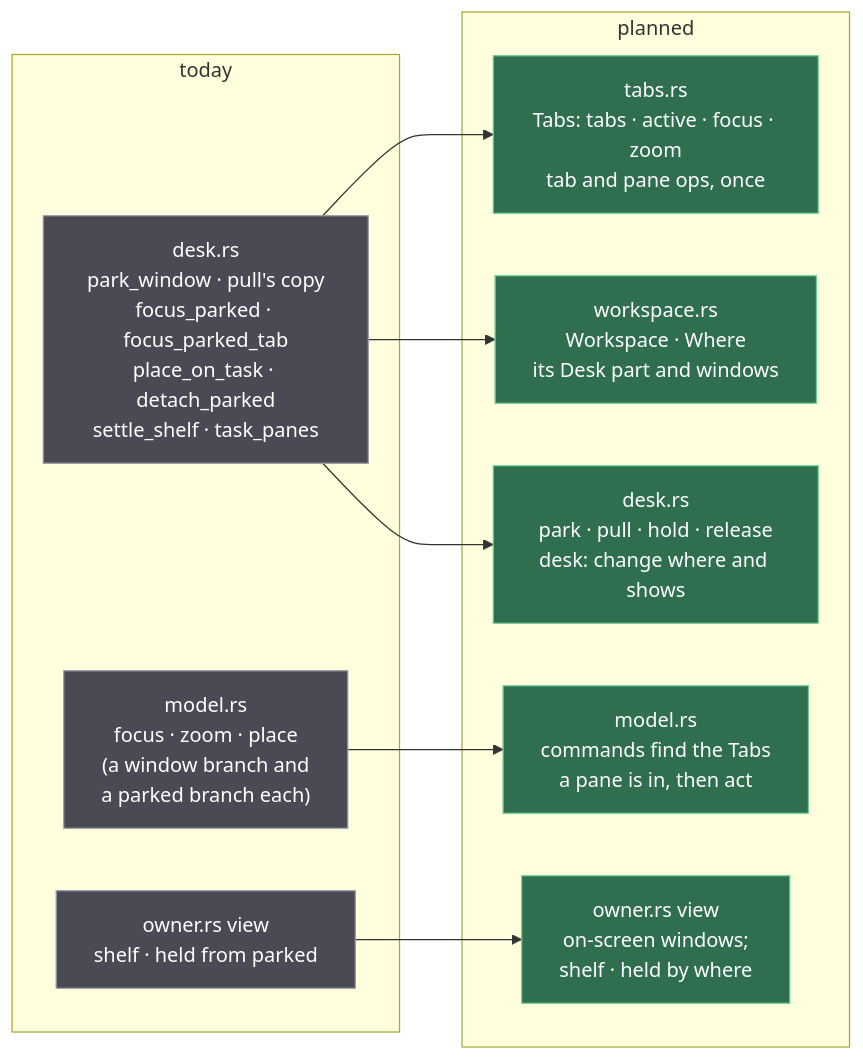
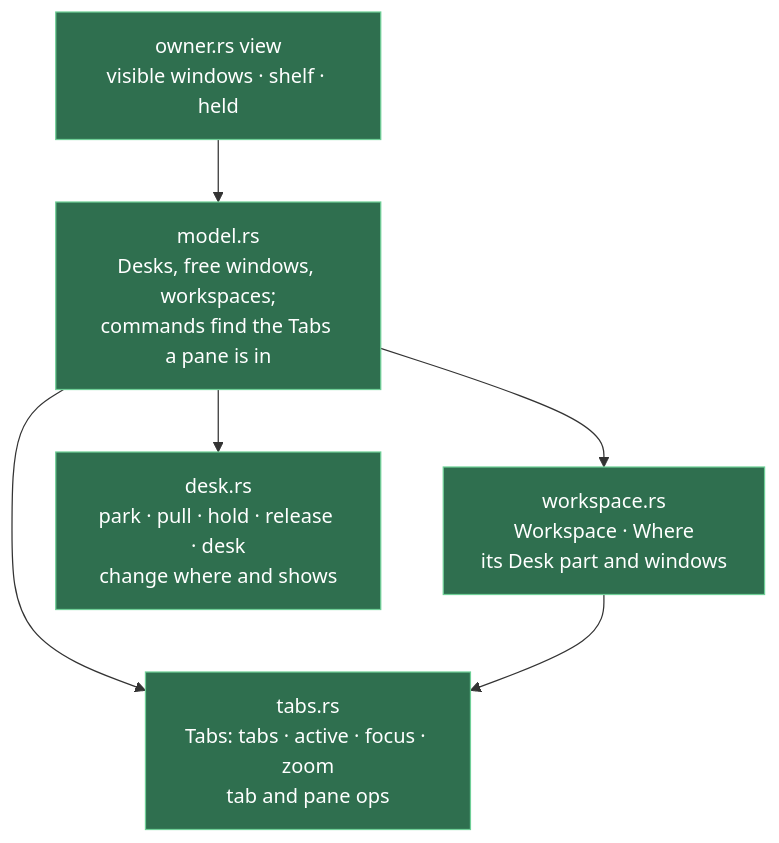
The third of 3 diagrams in docs/specs/workspaces.md (jemdiggity/kanna-v4), drawn with Mermaid before and after one commit. The commit also changed other lines of this file, not shown here.

Commit message:
Workspaces spec: only what's being built (no before); kanna window assign W TASK and kanna window free W, with Assign Window to Task and Free Window in the Window menu; off the Desk a whole workspace is hidden, its windows included; questions settled as decisions

````diff
--- a/docs/specs/workspaces.md
+++ b/docs/specs/workspaces.md
@@ -176,22 +162,13 @@
 ```mermaid
-flowchart LR
-    subgraph NOW["today"]
-        D["desk.rs<br/>park_window · pull's copy<br/>focus_parked · focus_parked_tab<br/>place_on_task · detach_parked<br/>settle_shelf · task_panes"]
-        M["model.rs<br/>focus · zoom · place<br/>(a window branch and<br/>a parked branch each)"]
-        O["owner.rs view<br/>shelf · held from parked"]
-    end
-    subgraph NEXT["planned"]
-        T["tabs.rs<br/>Tabs: tabs · active · focus · zoom<br/>tab and pane ops, once"]
-        WS["workspace.rs<br/>Workspace · Where<br/>its Desk part and windows"]
-        D2["desk.rs<br/>park · pull · hold · release<br/>desk: change where and shows"]
-        M2["model.rs<br/>commands find the Tabs<br/>a pane is in, then act"]
-        O2["owner.rs view<br/>on-screen windows;<br/>shelf · held by where"]
-    end
-    D --> T & WS & D2
-    M --> M2
-    O --> O2
-    classDef old fill:#4a4a55,stroke:#9a9aa8,color:#ffffff
+flowchart TB
+    T["tabs.rs<br/>Tabs: tabs · active · focus · zoom<br/>tab and pane ops"]
+    WS["workspace.rs<br/>Workspace · Where<br/>its Desk part and windows"]
+    D["desk.rs<br/>park · pull · hold · release · desk<br/>change where and shows"]
+    M["model.rs<br/>Desks, free windows, workspaces;<br/>commands find the Tabs a pane is in"]
+    O["owner.rs view<br/>visible windows · shelf · held"]
+    M --> D & WS & T
+    WS --> T
+    O --> M
     classDef ours fill:#2f6f4f,stroke:#6fcf97,color:#ffffff
-    class D,M,O old
-    class T,WS,D2,M2,O2 ours
+    class T,WS,D,M,O ours
 ```
````
